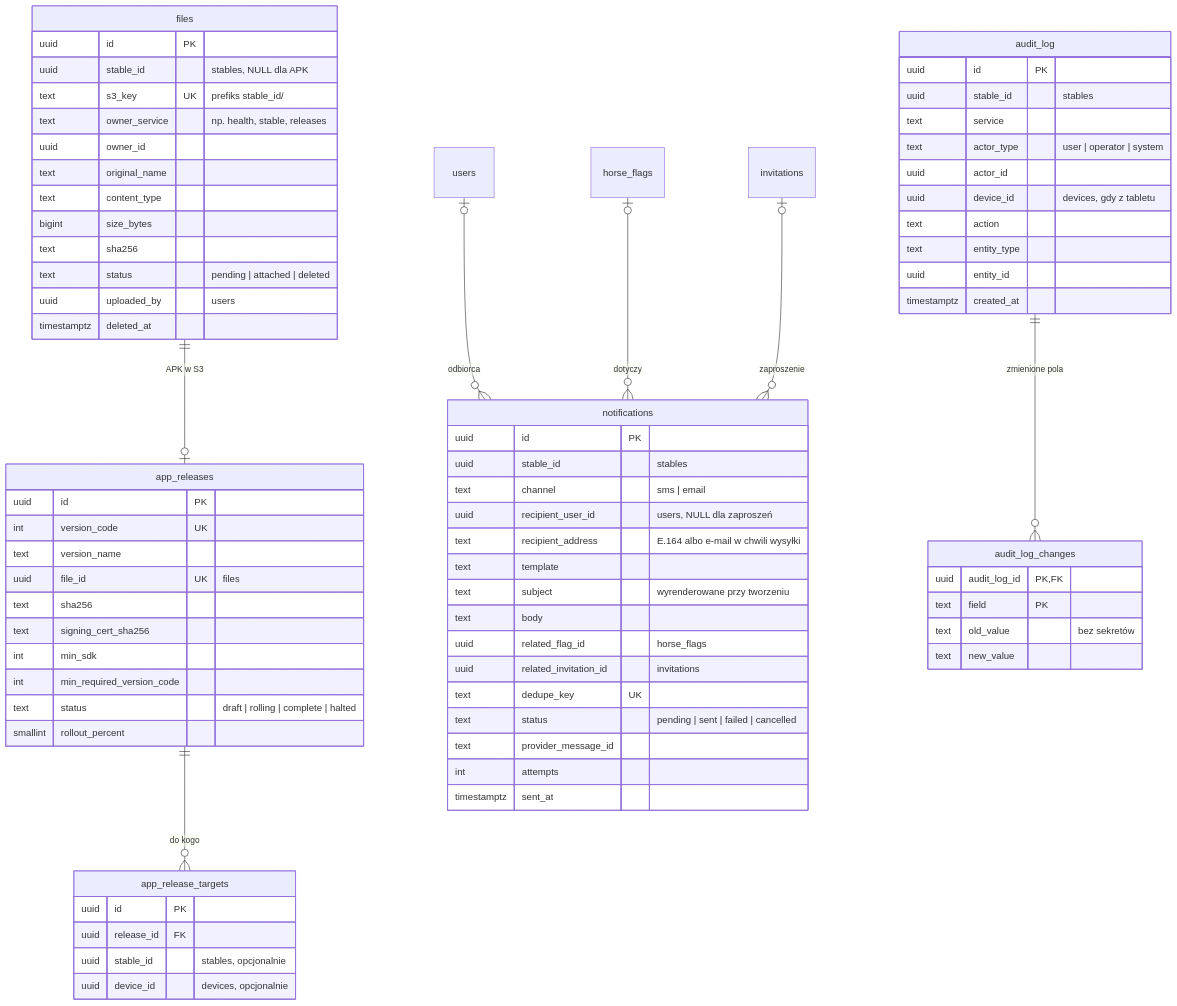
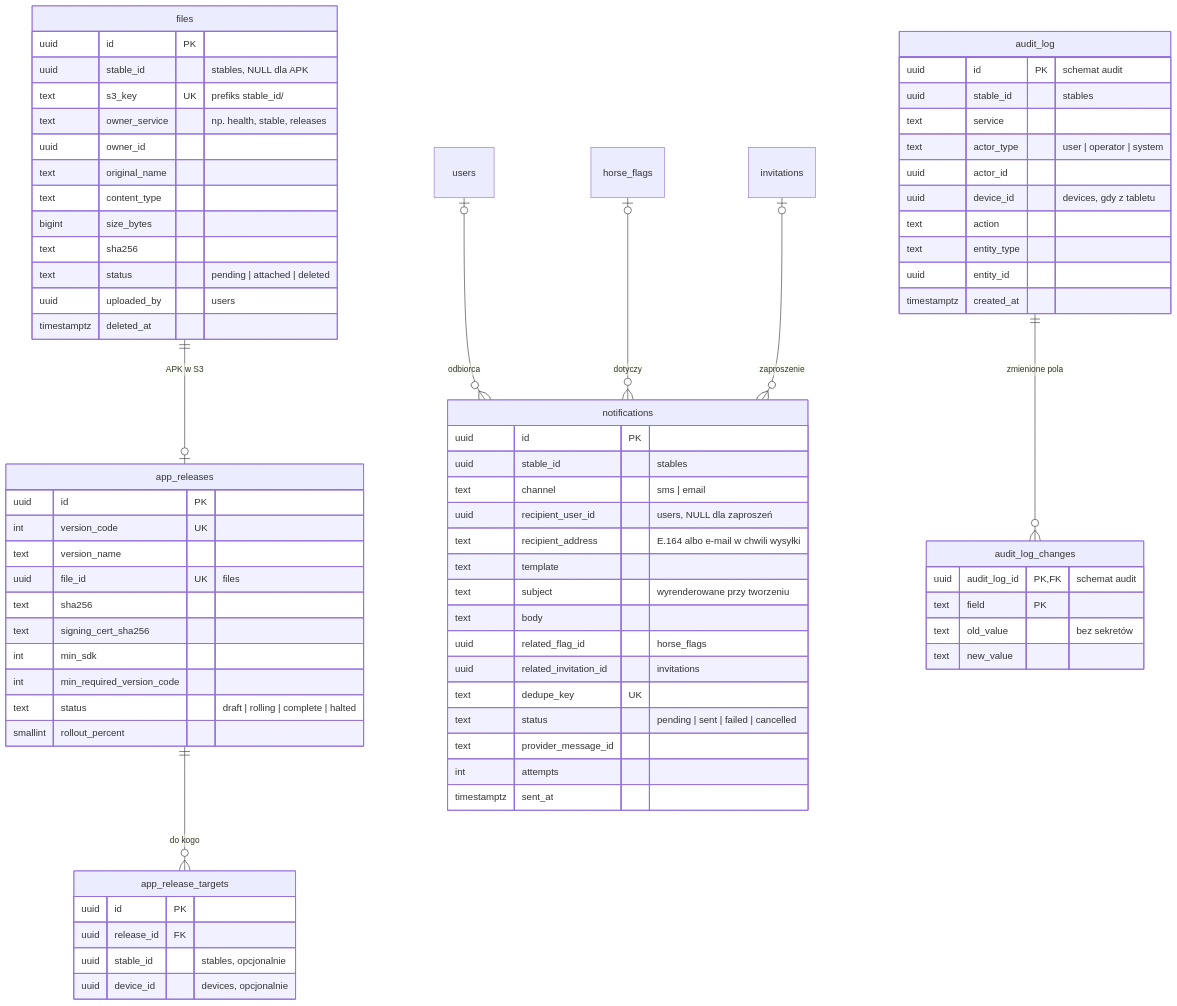
The fifth of 6 diagrams in docs/erd.md (ClewlerStudent/KonskaAppka), drawn with Mermaid before and after one commit. The commit also changed other lines of this file and 1 other file, not shown here.

First line of the commit message:
ERD: schemat app dla serwisów, osobny schemat audit

````diff
--- a/docs/erd.md
+++ b/docs/erd.md
@@ -707,79 +711,79 @@
 ```mermaid
 erDiagram
     files {
         uuid id PK
         uuid stable_id "stables, NULL dla APK"
         text s3_key UK "prefiks stable_id/"
         text owner_service "np. health, stable, releases"
         uuid owner_id
         text original_name
         text content_type
         bigint size_bytes
         text sha256
         text status "pending | attached | deleted"
         uuid uploaded_by "users"
         timestamptz deleted_at
     }
     app_releases {
         uuid id PK
         int version_code UK
         text version_name
         uuid file_id UK "files"
         text sha256
         text signing_cert_sha256
         int min_sdk
         int min_required_version_code
         text status "draft | rolling | complete | halted"
         smallint rollout_percent
     }
     app_release_targets {
         uuid id PK
         uuid release_id FK
         uuid stable_id "stables, opcjonalnie"
         uuid device_id "devices, opcjonalnie"
     }
     notifications {
         uuid id PK
         uuid stable_id "stables"
         text channel "sms | email"
         uuid recipient_user_id "users, NULL dla zaproszeń"
         text recipient_address "E.164 albo e-mail w chwili wysyłki"
         text template
         text subject "wyrenderowane przy tworzeniu"
         text body
         uuid related_flag_id "horse_flags"
         uuid related_invitation_id "invitations"
         text dedupe_key UK
         text status "pending | sent | failed | cancelled"
         text provider_message_id
         int attempts
         timestamptz sent_at
     }
     audit_log {
-        uuid id PK
+        uuid id PK "schemat audit"
         uuid stable_id "stables"
         text service
         text actor_type "user | operator | system"
         uuid actor_id
         uuid device_id "devices, gdy z tabletu"
         text action
         text entity_type
         uuid entity_id
         timestamptz created_at
     }
     audit_log_changes {
-        uuid audit_log_id PK, FK
+        uuid audit_log_id PK, FK "schemat audit"
         text field PK
         text old_value "bez sekretów"
         text new_value
     }
     users
     horse_flags
     invitations
     files ||--o| app_releases : "APK w S3"
     app_releases ||--o{ app_release_targets : "do kogo"
     audit_log ||--o{ audit_log_changes : "zmienione pola"
     users |o--o{ notifications : "odbiorca"
     horse_flags |o--o{ notifications : "dotyczy"
     invitations |o--o{ notifications : "zaproszenie"
 ```
````
